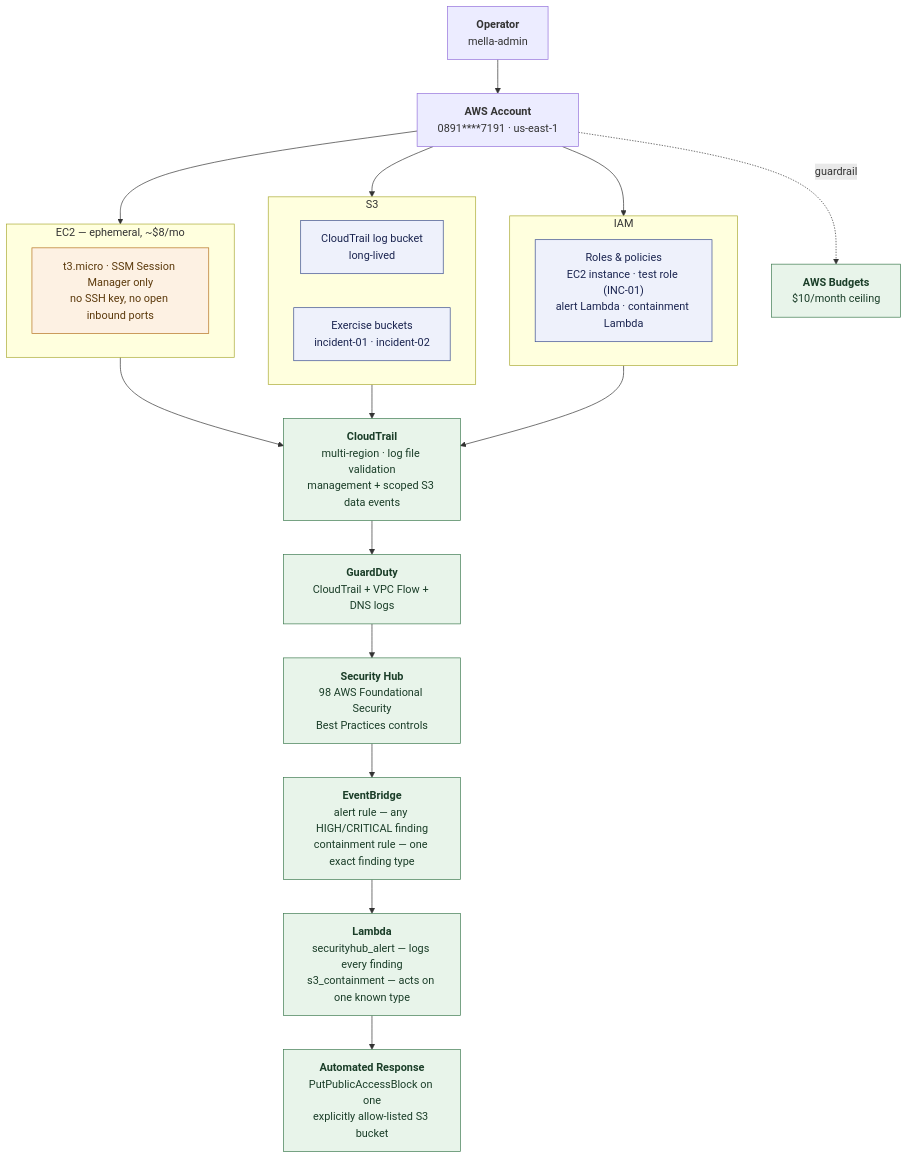
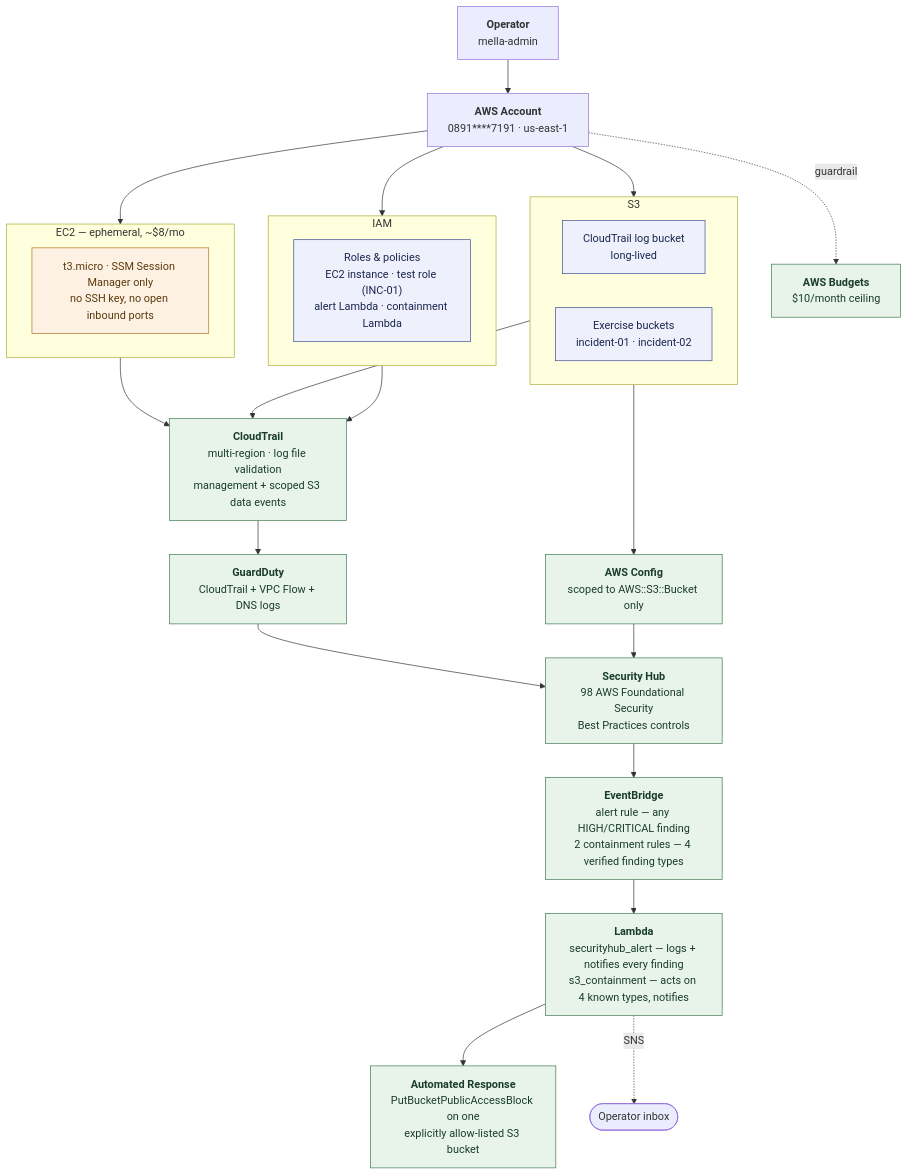
One commit to Mig1a/aws-cloud-security-lab changed the diagram in diagrams/architecture.md. Above: the diagram before and after it, drawn with Mermaid. The commit also changed other lines of this file and 2 other files, not shown here.

Commit message:
Sync architecture diagram and lambda/detections docs with the Phase 9 extension
diagrams/architecture.md's mermaid diagram still showed the pre-extension
pipeline (one containment rule, no AWS Config node, no SNS) while its own
prose already described two trigger families - now matches README.md's
diagram exactly. lambda/README.md described a single containment trigger
and 31 tests, both stale since Phase 9 widened to two trigger families with
SNS notification and the suite grew to 48. detections/README.md linked to
"Phase 9 §12", a section that doesn't exist - the real heading is §11.

````diff
--- a/diagrams/architecture.md
+++ b/diagrams/architecture.md
@@ -11,44 +11,48 @@
 ```mermaid
 flowchart TB
     IAM0["<b>Operator</b><br/>mella-admin"]
     ACCT["<b>AWS Account</b><br/>0891****7191 · us-east-1"]
     BUD["<b>AWS Budgets</b><br/>$10/month ceiling"]
 
     IAM0 --> ACCT
     ACCT -.->|"guardrail"| BUD
 
     ACCT --> EC2G
     ACCT --> S3G
     ACCT --> IAMG
 
     subgraph EC2G["EC2 — ephemeral, ~$8/mo"]
         EC2["t3.micro · SSM Session Manager only<br/>no SSH key, no open inbound ports"]
     end
 
     subgraph S3G["S3"]
         S3LOG["CloudTrail log bucket<br/>long-lived"]
         S3EX["Exercise buckets<br/>incident-01 · incident-02"]
     end
 
     subgraph IAMG["IAM"]
         ROLES["Roles & policies<br/>EC2 instance · test role (INC-01)<br/>alert Lambda · containment Lambda"]
     end
 
     EC2G --> CT
     S3G --> CT
     IAMG --> CT
 
     CT["<b>CloudTrail</b><br/>multi-region · log file validation<br/>management + scoped S3 data events"]
     CT --> GD["<b>GuardDuty</b><br/>CloudTrail + VPC Flow + DNS logs"]
+    CFG["<b>AWS Config</b><br/>scoped to AWS::S3::Bucket only"]
+    S3G --> CFG
     GD --> SH["<b>Security Hub</b><br/>98 AWS Foundational Security<br/>Best Practices controls"]
-    SH --> EB["<b>EventBridge</b><br/>alert rule — any HIGH/CRITICAL finding<br/>containment rule — one exact finding type"]
-    EB --> LAM["<b>Lambda</b><br/>securityhub_alert — logs every finding<br/>s3_containment — acts on one known type"]
-    LAM --> AR["<b>Automated Response</b><br/>PutPublicAccessBlock on one<br/>explicitly allow-listed S3 bucket"]
+    CFG --> SH
+    SH --> EB["<b>EventBridge</b><br/>alert rule — any HIGH/CRITICAL finding<br/>2 containment rules — 4 verified finding types"]
+    EB --> LAM["<b>Lambda</b><br/>securityhub_alert — logs + notifies every finding<br/>s3_containment — acts on 4 known types, notifies"]
+    LAM --> AR["<b>Automated Response</b><br/>PutBucketPublicAccessBlock on one<br/>explicitly allow-listed S3 bucket"]
+    LAM -.->|"SNS"| OP2(["Operator inbox"])
 
     classDef longlived fill:#e8f4ea,stroke:#3d7a4f,color:#1a3d28
     classDef ephemeral fill:#fdf1e3,stroke:#b5711f,color:#5c3a0c
     classDef pillar fill:#eef1fb,stroke:#3a4d8f,color:#1b2550
-    class BUD,CT,GD,SH,EB,LAM,AR longlived
+    class BUD,CT,GD,CFG,SH,EB,LAM,AR longlived
     class EC2 ephemeral
     class S3LOG,S3EX,ROLES pillar
 ```
````
